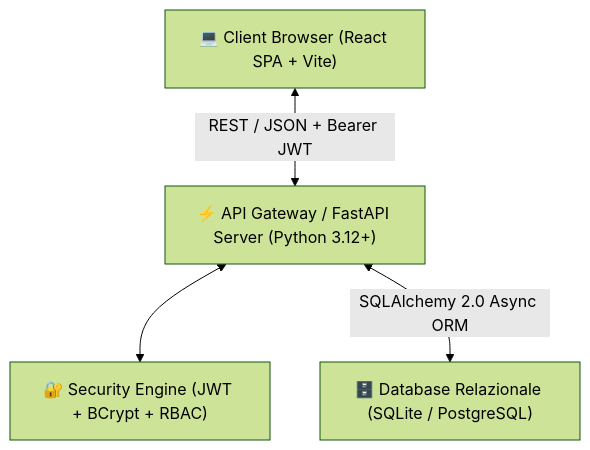
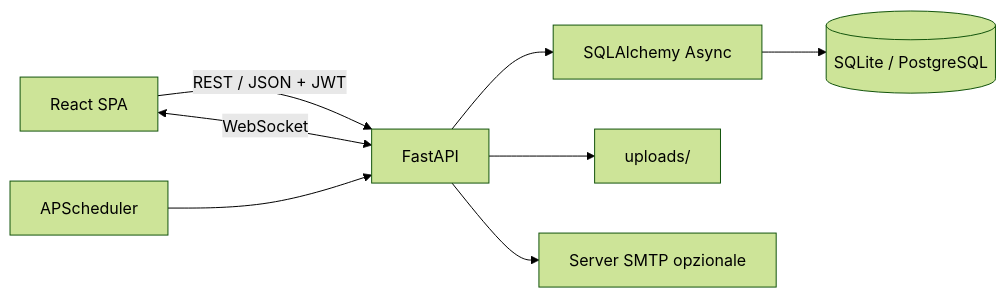
One commit to TurnTheBait/HiPlan changed the first of 2 diagrams in docs/TECHNICAL_DOCUMENTATION.md. Above: the diagram before and after it, drawn with Mermaid (forest theme). The commit also changed other lines of this file and 6 other files, not shown here.

Commit message:
docs: update architecture and technical documentation while adding a project roadmap and silencing linter warnings in task models

````diff
--- a/docs/TECHNICAL_DOCUMENTATION.md
+++ b/docs/TECHNICAL_DOCUMENTATION.md
@@ -11,11 +16,10 @@
 ```mermaid
-graph TD
-    Client["💻 Client Browser (React SPA + Vite)"]
-    API["⚡ API Gateway / FastAPI Server (Python 3.12+)"]
-    Auth["🔐 Security Engine (JWT + BCrypt + RBAC)"]
-    DB["🗄️ Database Relazionale (SQLite / PostgreSQL)"]
-
-    Client <-->|REST / JSON + Bearer JWT| API
-    API <--> Auth
-    API <-->|SQLAlchemy 2.0 Async ORM| DB
+flowchart LR
+    Browser["React SPA"] -->|"REST / JSON + JWT"| API["FastAPI"]
+    Browser <-->|"WebSocket"| API
+    API --> ORM["SQLAlchemy Async"]
+    ORM --> DB[("SQLite / PostgreSQL")]
+    API --> Files["uploads/"]
+    Scheduler["APScheduler"] --> API
+    API --> SMTP["Server SMTP opzionale"]
 ```
````
